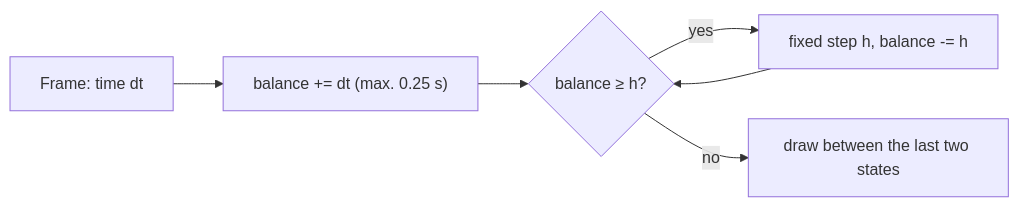
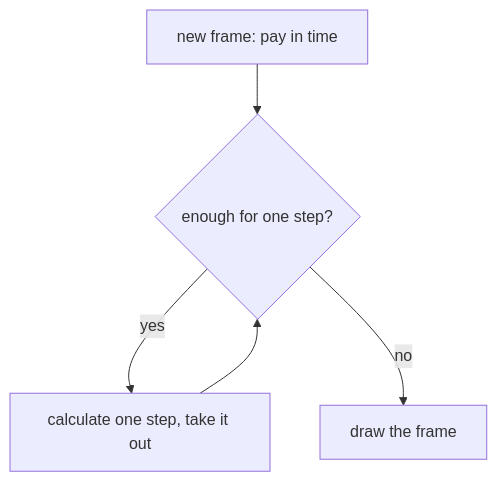
The first of 2 diagrams in kern/docs/book-green/C-physics.md (ChristianHohlfeld/kernengine.de), drawn with Mermaid before and after one commit. The commit also changed other lines of this file and 22 other files, not shown here.

````diff
--- a/kern/docs/book-green/C-physics.md
+++ b/kern/docs/book-green/C-physics.md
@@ -82,8 +122,8 @@
 ```mermaid
-flowchart LR
-  F["Frame: time dt"] --> A["balance += dt (max. 0.25 s)"]
-  A --> L{"balance ≥ h?"}
-  L -->|yes| S["fixed step h, balance -= h"]
+%% Caption: The piggy bank of time – calculation happens only in whole, equal steps
+flowchart TB
+  F["new frame: pay in time"] --> L{"enough for one step?"}
+  L -->|yes| S["calculate one step, take it out"]
   S --> L
-  L -->|no| R["draw between the last two states"]
+  L -->|no| R["draw the frame"]
 ```
````
